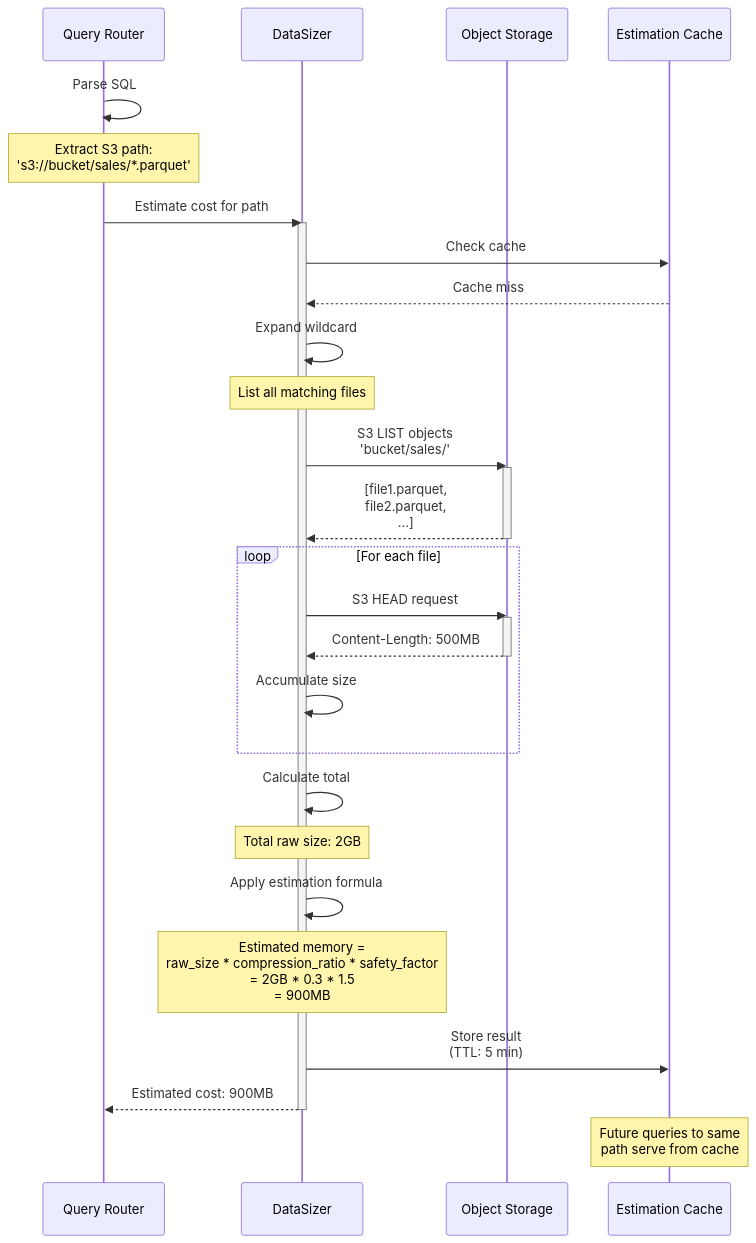
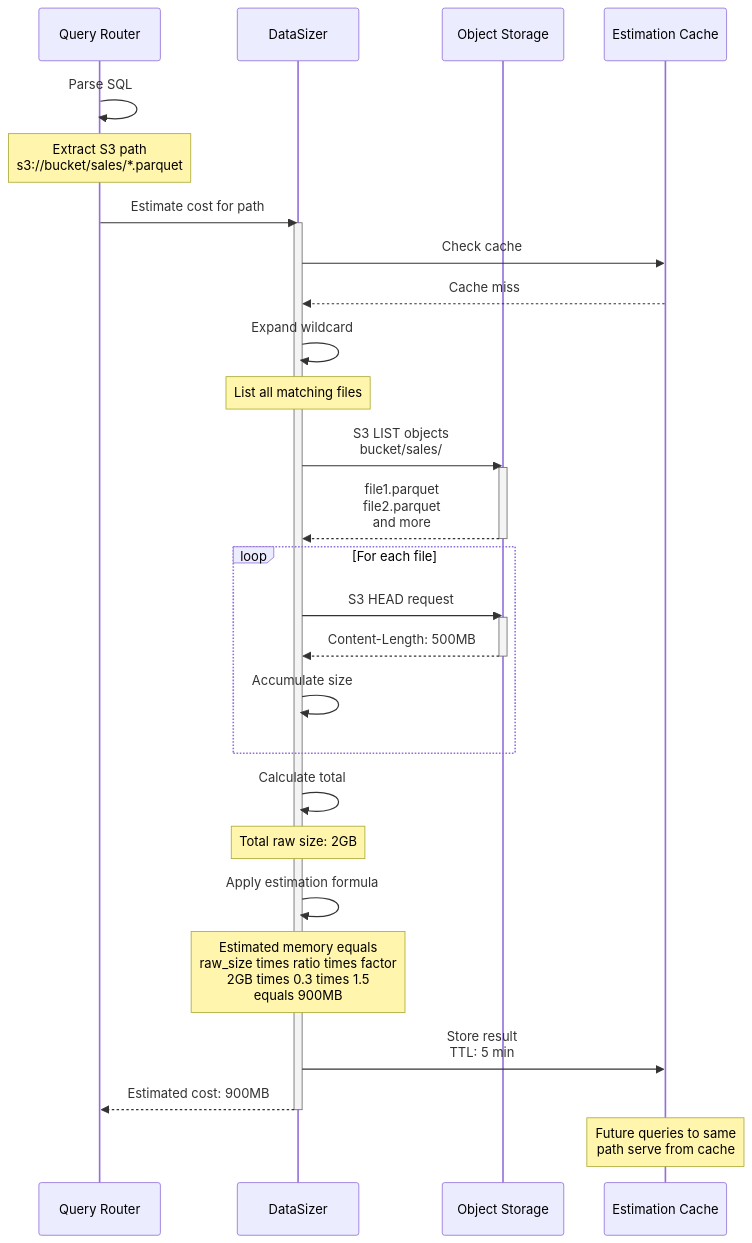
The seventh of 11 diagrams in README.md (Angelerator/Tavana), drawn with Mermaid before and after one commit. The commit also changed other lines of this file, not shown here.

First line of the commit message:
fix: Mermaid syntax errors in architecture diagrams

````diff
--- a/README.md
+++ b/README.md
@@ -1043,45 +1043,45 @@
 ```mermaid
 sequenceDiagram
     participant QR as Query Router
     participant DS as DataSizer
     participant S3 as Object Storage
     participant Cache as Estimation Cache
     
     QR->>QR: Parse SQL
-    Note over QR: Extract S3 path:<br/>'s3://bucket/sales/*.parquet'
+    Note over QR: Extract S3 path<br/>s3://bucket/sales/*.parquet
     
     QR->>DS: Estimate cost for path
     activate DS
     
     DS->>Cache: Check cache
     Cache-->>DS: Cache miss
     
     DS->>DS: Expand wildcard
     Note over DS: List all matching files
     
-    DS->>S3: S3 LIST objects<br/>'bucket/sales/'
+    DS->>S3: S3 LIST objects<br/>bucket/sales/
     activate S3
-    S3-->>DS: [file1.parquet,<br/>file2.parquet,<br/>...]
+    S3-->>DS: file1.parquet<br/>file2.parquet<br/>and more
     deactivate S3
     
     loop For each file
         DS->>S3: S3 HEAD request
         activate S3
         S3-->>DS: Content-Length: 500MB
         deactivate S3
         DS->>DS: Accumulate size
     end
     
     DS->>DS: Calculate total
     Note over DS: Total raw size: 2GB
     
     DS->>DS: Apply estimation formula
-    Note over DS: Estimated memory =<br/>raw_size * compression_ratio * safety_factor<br/>= 2GB * 0.3 * 1.5<br/>= 900MB
+    Note over DS: Estimated memory equals<br/>raw_size times ratio times factor<br/>2GB times 0.3 times 1.5<br/>equals 900MB
     
-    DS->>Cache: Store result<br/>(TTL: 5 min)
+    DS->>Cache: Store result<br/>TTL: 5 min
     
     DS-->>QR: Estimated cost: 900MB
     deactivate DS
     
     Note over Cache: Future queries to same<br/>path serve from cache
 ```
````
